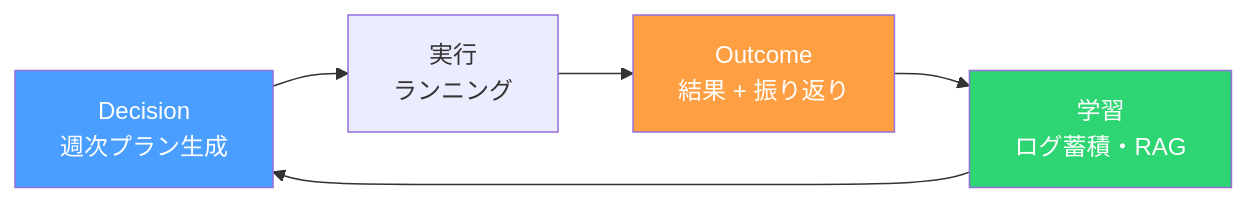
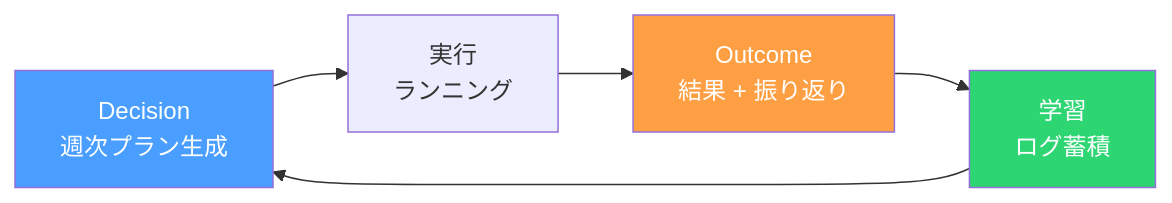
Before and after one commit to fuzztarou/run-coach: the second of 5 diagrams in DESIGN.md, drawn with Mermaid. The commit also changed other lines of this file and 4 other files, not shown here.

````diff
--- a/DESIGN.md
+++ b/DESIGN.md
@@ -63,11 +63,11 @@
 ```mermaid
 flowchart LR
     D[Decision<br>週次プラン生成] --> E[実行<br>ランニング]
     E --> O[Outcome<br>結果 + 振り返り]
-    O --> L[学習<br>ログ蓄積・RAG]
+    O --> L[学習<br>ログ蓄積]
     L --> D
 
     style D fill:#4a9eff,color:#fff
     style O fill:#ff9f43,color:#fff
     style L fill:#2ed573,color:#fff
 ```
````
